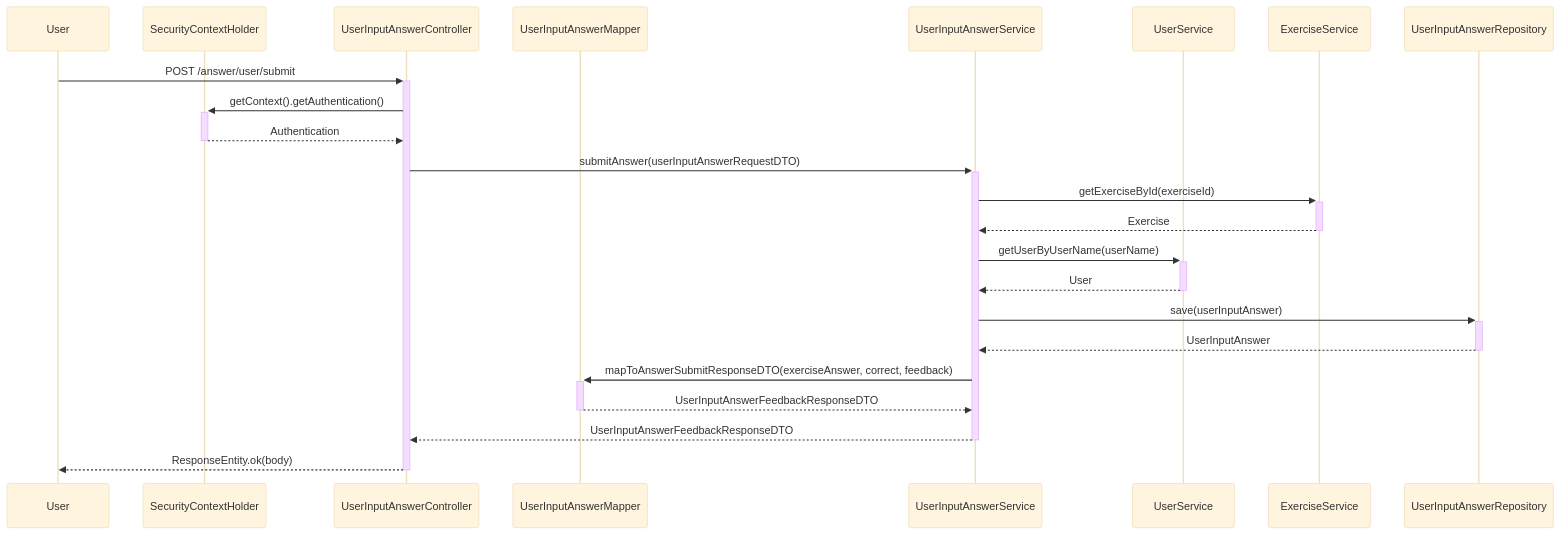
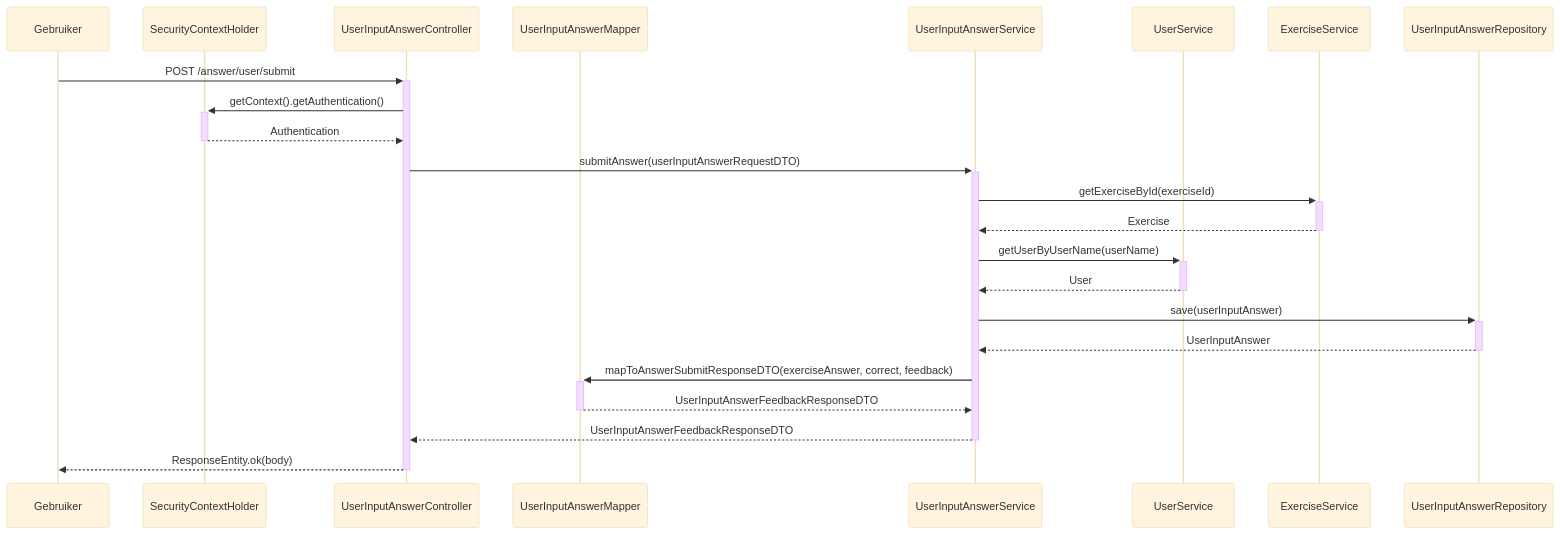
The diagram in src/main/resources/diagrams/sequence-diagram-submitAnswer.md (Danielooo/language-learner-backend), drawn with Mermaid (base theme) before and after one commit. The commit also changed other lines of this file and 8 other files, not shown here.

````diff
--- a/src/main/resources/diagrams/sequence-diagram-submitAnswer.md
+++ b/src/main/resources/diagrams/sequence-diagram-submitAnswer.md
@@ -1,28 +3,28 @@
 ```mermaid
 sequenceDiagram
-    participant User
+    participant Gebruiker
     participant SecurityContextHolder
     participant UserInputAnswerController
     participant UserInputAnswerMapper
     participant UserInputAnswerService
     participant UserService
     participant ExerciseService
     participant UserInputAnswerRepository
     
     
-    User ->>+ UserInputAnswerController: POST /answer/user/submit
+    Gebruiker ->>+ UserInputAnswerController: POST /answer/user/submit
     UserInputAnswerController ->>+ SecurityContextHolder: getContext().getAuthentication()
     SecurityContextHolder -->>- UserInputAnswerController: Authentication
     UserInputAnswerController ->>+ UserInputAnswerService: submitAnswer(userInputAnswerRequestDTO)
     UserInputAnswerService ->>+ ExerciseService: getExerciseById(exerciseId)
     ExerciseService -->>- UserInputAnswerService: Exercise
     UserInputAnswerService ->>+ UserService: getUserByUserName(userName)
     UserService -->>- UserInputAnswerService: User
     UserInputAnswerService ->>+ UserInputAnswerRepository: save(userInputAnswer)
     UserInputAnswerRepository -->>- UserInputAnswerService: UserInputAnswer
     UserInputAnswerService ->>+ UserInputAnswerMapper: mapToAnswerSubmitResponseDTO(exerciseAnswer, correct, feedback)
     UserInputAnswerMapper -->>- UserInputAnswerService: UserInputAnswerFeedbackResponseDTO
     UserInputAnswerService -->>- UserInputAnswerController: UserInputAnswerFeedbackResponseDTO
-    UserInputAnswerController -->>- User: ResponseEntity.ok(body)
+    UserInputAnswerController -->>- Gebruiker: ResponseEntity.ok(body)
 
 ```
````
